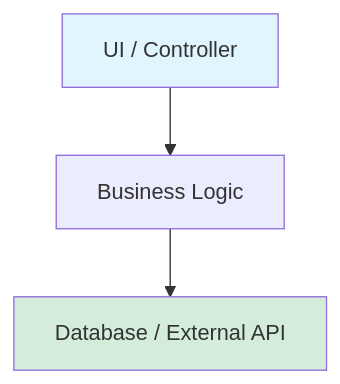
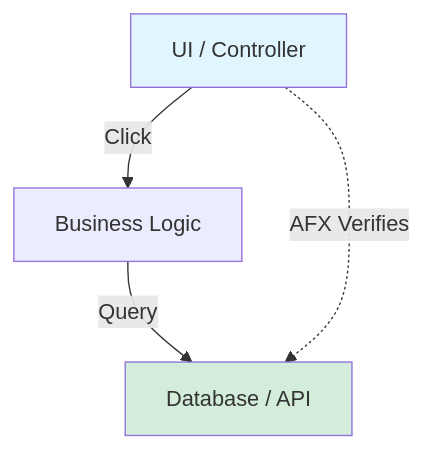
Before and after one commit to rixrix/afx: the fourth of 10 diagrams in README.md, drawn with Mermaid. The commit also changed other lines of this file and 9 other files, not shown here.

````diff
--- a/README.md
+++ b/README.md
@@ -70,8 +89,10 @@
 ```mermaid
 graph TD
-    A[UI / Controller] --> B[Business Logic]
-    B --> C[Database / External API]
+    A[UI / Controller] -->|Click| B[Business Logic]
+    B -->|Query| C[Database / API]
+    
+    A -.->|AFX Verifies| C
 
     style A fill:#e1f5ff
     style C fill:#d4edda
 ```
````
